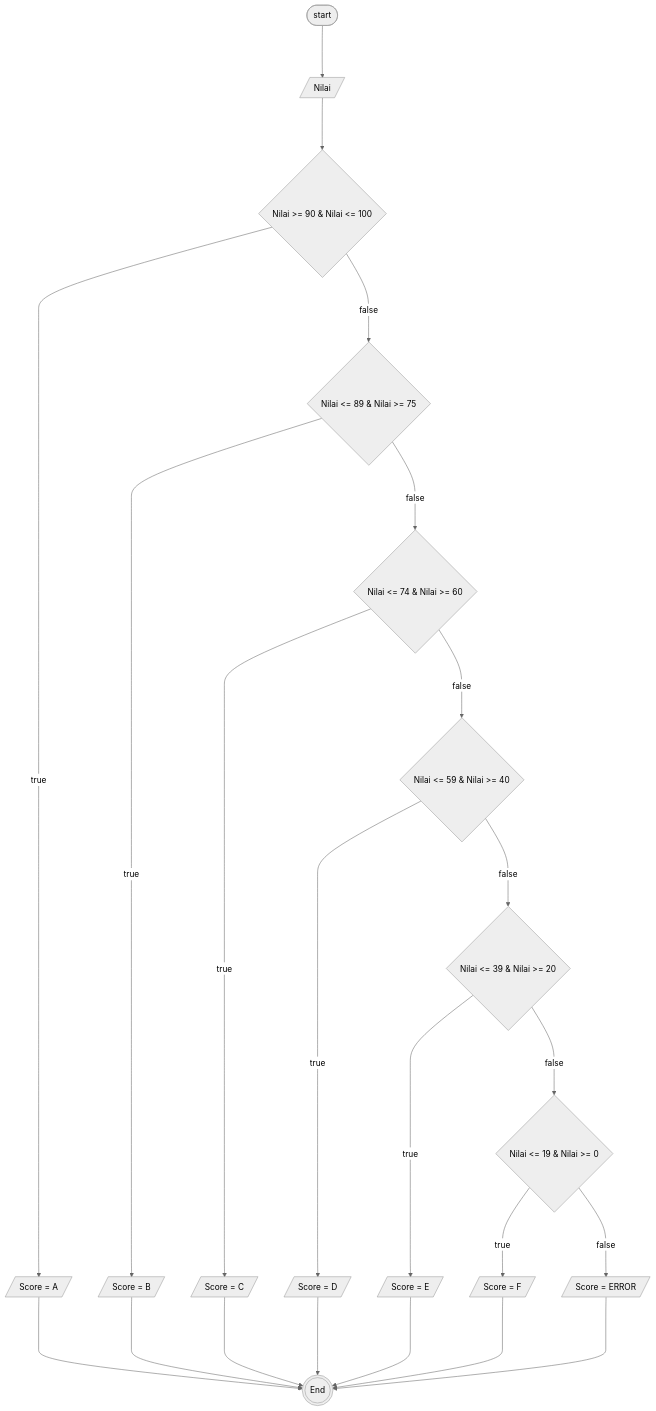
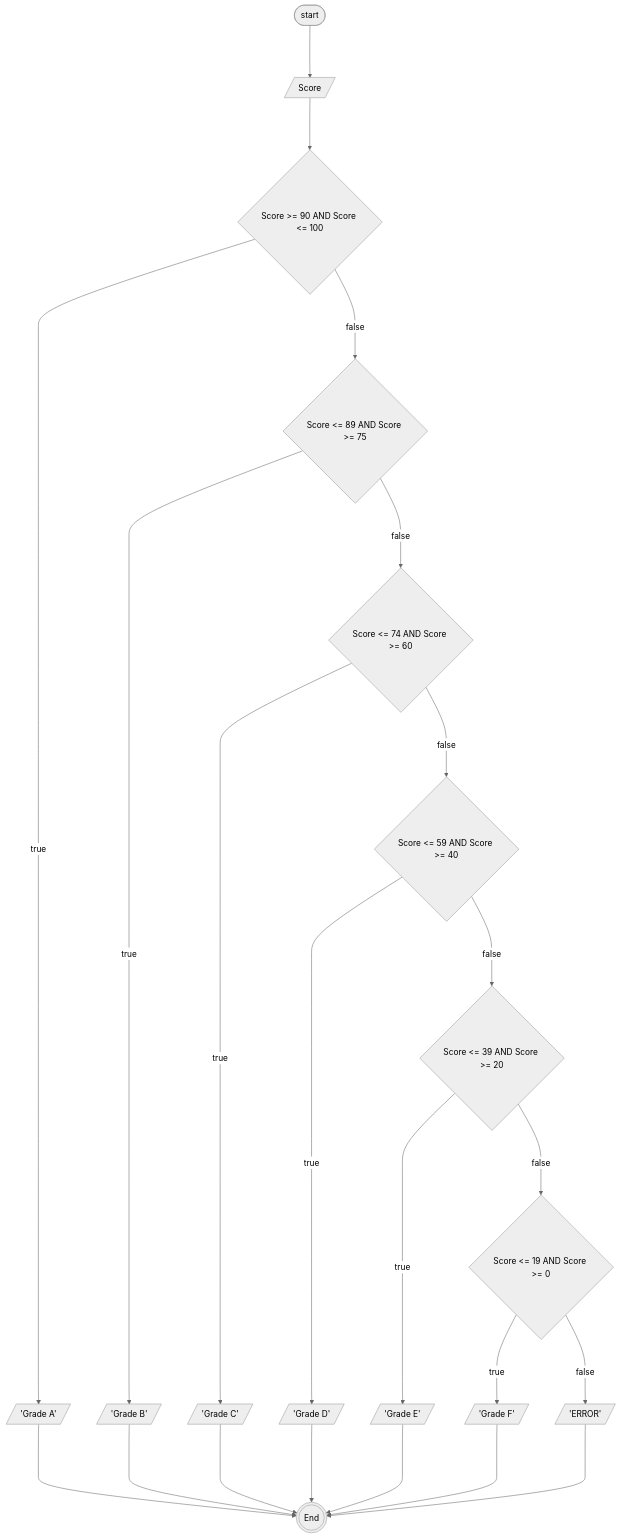
One commit to ghifar1327/koda-b4-algoritma changed the diagram in minitask9.md. Above: the diagram before and after it, drawn with Mermaid (neutral theme). The commit also changed 7 other files, not shown here.

````diff
--- a/minitask9.md
+++ b/minitask9.md
@@ -3,36 +3,36 @@
 ```mermaid
 flowchart TB
 1([start])
-nilai[/Nilai/]
-a[/Score = A/]
-b[/Score = B/]
-c[/Score = C/]
-d[/Score = D/]
-e[/Score = E/]
-f[/Score = F/]
-g[/Score = ERROR/]
+nilai[/Score/]
+a[/"'Grade A'"/]
+b[/"'Grade B'"/]
+c[/"'Grade C'"/]
+d[/"'Grade D'"/]
+e[/"'Grade E'"/]
+f[/"'Grade F'"/]
+g[/"'ERROR'"/]
 
-a1{Nilai >= 90 & Nilai <= 100}
-b1{Nilai <= 89 & Nilai >= 75}
-c1{Nilai <= 74 & Nilai >= 60}
-d1{Nilai <= 59 & Nilai >= 40}
-e1{Nilai <= 39 & Nilai >= 20}
-f1{Nilai <= 19 & Nilai >= 0}
+a1{Score >= 90 AND Score <= 100}
+b1{Score <= 89 AND Score >= 75}
+c1{Score <= 74 AND Score >= 60}
+d1{Score <= 59 AND Score >= 40}
+e1{Score <= 39 AND Score >= 20}
+f1{Score <= 19 AND Score >= 0}
 
 1--->nilai
 nilai--->a1--->|true|a
 a1--->|false|b1--->|true|b
 b1--->|false|c1--->|true|c
 c1--->|false|d1--->|true|d
 d1--->|false|e1--->|true|e
 e1--->|false|f1--->|true|f
 f1--->|false|g
 
 a---->0
 b---->0
 c---->0
 d---->0
 e---->0
 f---->0
 g---->0(((End)))
 ```
````
